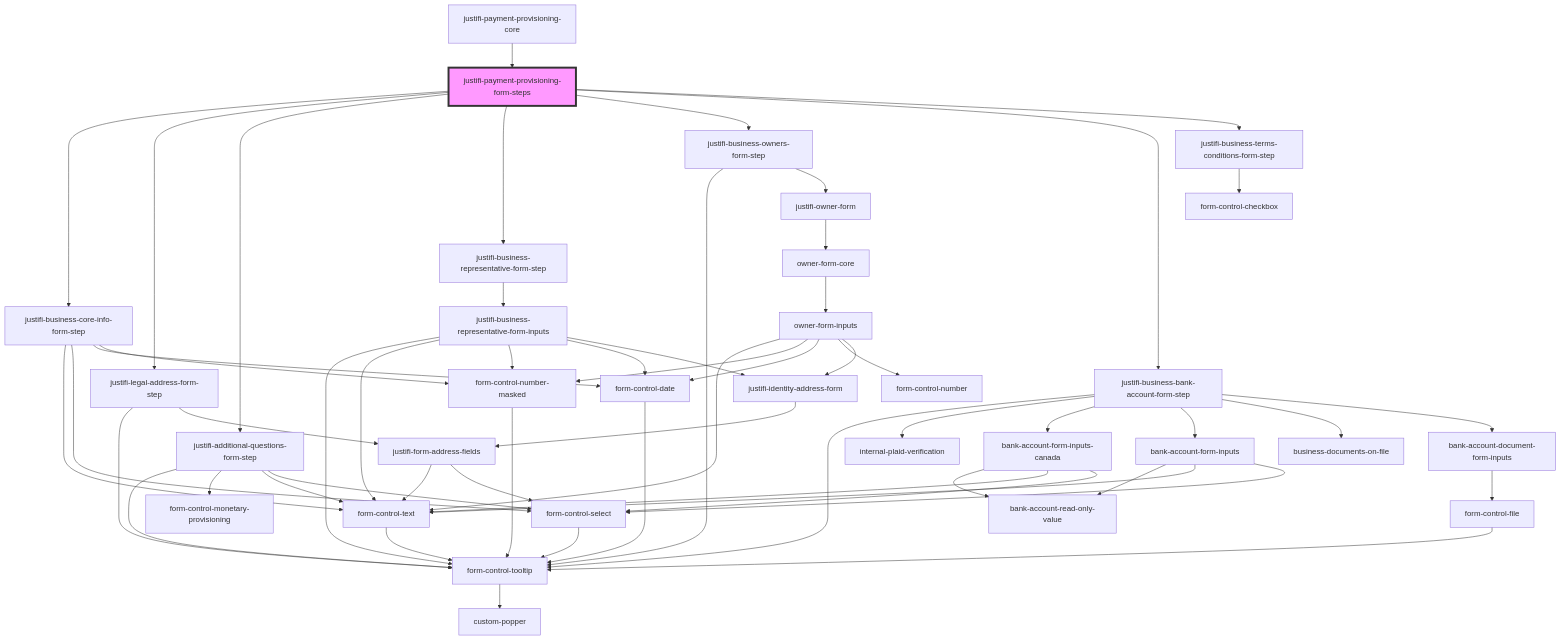
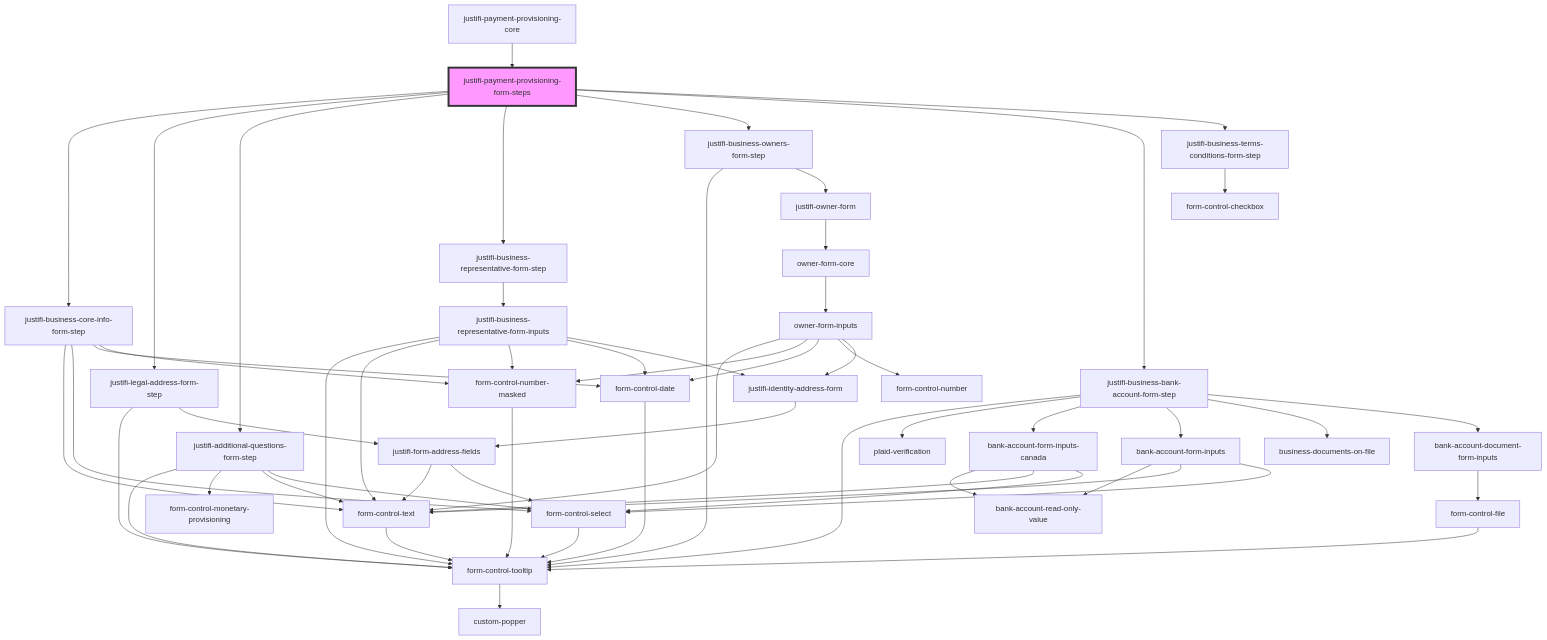
Before and after one commit to justifi-tech/web-component-library: the diagram in packages/webcomponents/src/components/business-forms/payment-provisioning/readme.md, drawn with Mermaid. The commit also changed 2 other files, not shown here.

Commit message:
Change component name

````diff
--- a/packages/webcomponents/src/components/business-forms/payment-provisioning/readme.md
+++ b/packages/webcomponents/src/components/business-forms/payment-provisioning/readme.md
@@ -36,60 +36,60 @@
 ```mermaid
 graph TD;
   justifi-payment-provisioning-form-steps --> justifi-business-core-info-form-step
   justifi-payment-provisioning-form-steps --> justifi-legal-address-form-step
   justifi-payment-provisioning-form-steps --> justifi-additional-questions-form-step
   justifi-payment-provisioning-form-steps --> justifi-business-representative-form-step
   justifi-payment-provisioning-form-steps --> justifi-business-owners-form-step
   justifi-payment-provisioning-form-steps --> justifi-business-bank-account-form-step
   justifi-payment-provisioning-form-steps --> justifi-business-terms-conditions-form-step
   justifi-business-core-info-form-step --> form-control-text
   justifi-business-core-info-form-step --> form-control-select
   justifi-business-core-info-form-step --> form-control-date
   justifi-business-core-info-form-step --> form-control-number-masked
   form-control-text --> form-control-tooltip
   form-control-tooltip --> custom-popper
   form-control-select --> form-control-tooltip
   form-control-date --> form-control-tooltip
   form-control-number-masked --> form-control-tooltip
   justifi-legal-address-form-step --> form-control-tooltip
   justifi-legal-address-form-step --> justifi-form-address-fields
   justifi-form-address-fields --> form-control-text
   justifi-form-address-fields --> form-control-select
   justifi-additional-questions-form-step --> form-control-tooltip
   justifi-additional-questions-form-step --> form-control-monetary-provisioning
   justifi-additional-questions-form-step --> form-control-text
   justifi-additional-questions-form-step --> form-control-select
   justifi-business-representative-form-step --> justifi-business-representative-form-inputs
   justifi-business-representative-form-inputs --> form-control-tooltip
   justifi-business-representative-form-inputs --> form-control-text
   justifi-business-representative-form-inputs --> form-control-number-masked
   justifi-business-representative-form-inputs --> form-control-date
   justifi-business-representative-form-inputs --> justifi-identity-address-form
   justifi-identity-address-form --> justifi-form-address-fields
   justifi-business-owners-form-step --> form-control-tooltip
   justifi-business-owners-form-step --> justifi-owner-form
   justifi-owner-form --> owner-form-core
   owner-form-core --> owner-form-inputs
   owner-form-inputs --> form-control-text
   owner-form-inputs --> form-control-number-masked
   owner-form-inputs --> form-control-date
   owner-form-inputs --> form-control-number
   owner-form-inputs --> justifi-identity-address-form
   justifi-business-bank-account-form-step --> form-control-tooltip
-  justifi-business-bank-account-form-step --> internal-plaid-verification
+  justifi-business-bank-account-form-step --> plaid-verification
   justifi-business-bank-account-form-step --> bank-account-form-inputs-canada
   justifi-business-bank-account-form-step --> bank-account-form-inputs
   justifi-business-bank-account-form-step --> business-documents-on-file
   justifi-business-bank-account-form-step --> bank-account-document-form-inputs
   bank-account-form-inputs-canada --> bank-account-read-only-value
   bank-account-form-inputs-canada --> form-control-text
   bank-account-form-inputs-canada --> form-control-select
   bank-account-form-inputs --> bank-account-read-only-value
   bank-account-form-inputs --> form-control-text
   bank-account-form-inputs --> form-control-select
   bank-account-document-form-inputs --> form-control-file
   form-control-file --> form-control-tooltip
   justifi-business-terms-conditions-form-step --> form-control-checkbox
   justifi-payment-provisioning-core --> justifi-payment-provisioning-form-steps
   style justifi-payment-provisioning-form-steps fill:#f9f,stroke:#333,stroke-width:4px
 ```
````
